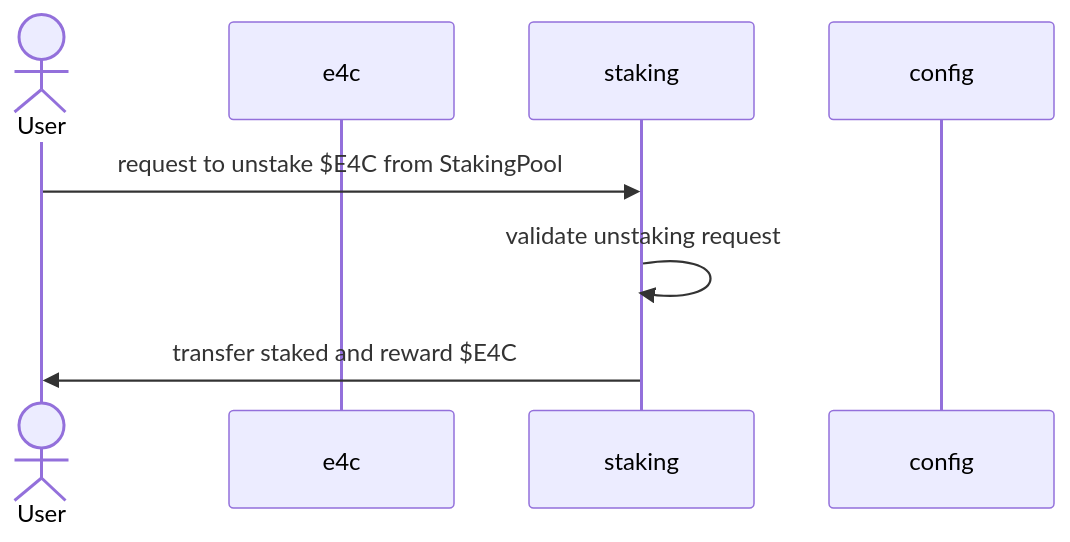
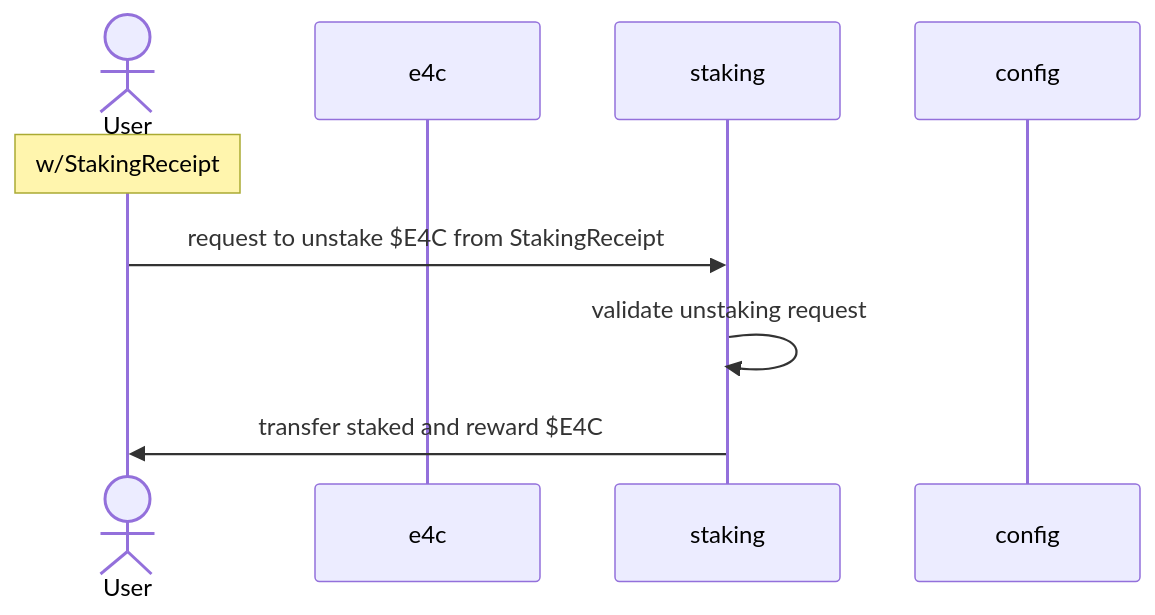
The fourth of 5 diagrams in README.md (z330789559/e4c), drawn with Mermaid before and after one commit. The commit also changed other lines of this file, not shown here.

Commit message:
docs: update sequence diagrams

````diff
--- a/README.md
+++ b/README.md
@@ -63,10 +80,11 @@
 ```mermaid
 sequenceDiagram
     actor U as User
     participant e4c
     participant staking
     participant config
-    U ->> staking: request to unstake $E4C from StakingPool
+    Note over U: w/StakingReceipt
+    U ->> staking: request to unstake $E4C from StakingReceipt
     staking ->> staking: validate unstaking request
     staking ->> U: transfer staked and reward $E4C
 ```
````
